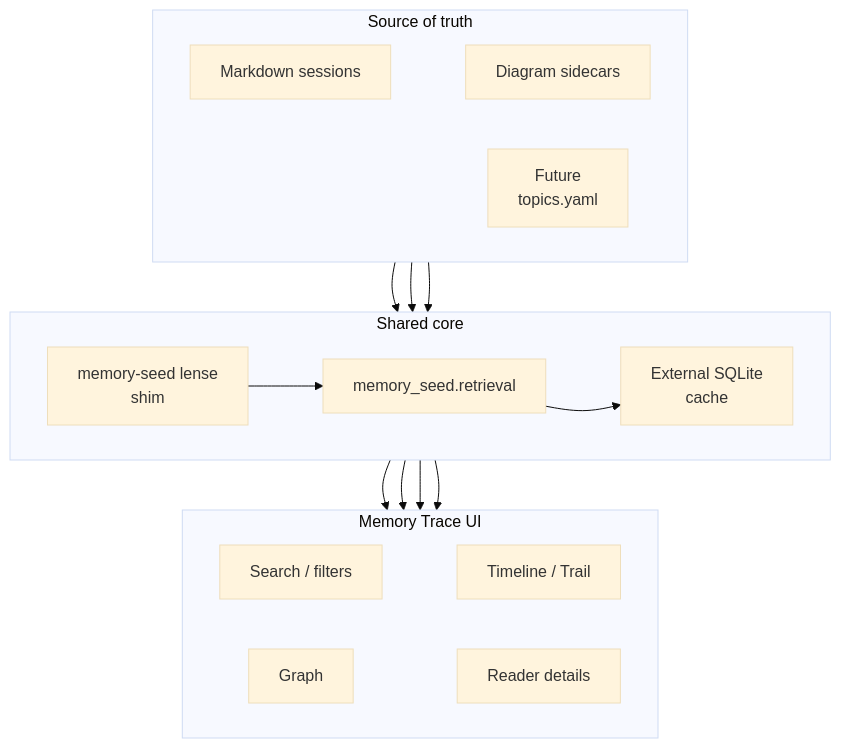
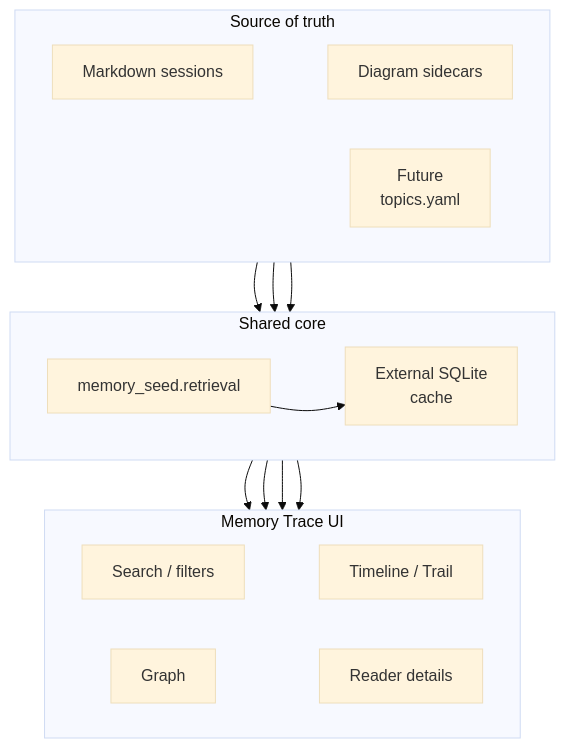
One commit to jnl-tshi/memory-seed changed diagram 16 of 24 in docs/3_Spec/functionality-audit.md. Above: the diagram before and after it, drawn with Mermaid (base theme). The commit also changed other lines of this file and 19 other files, not shown here.

First line of the commit message:
feat!: remove the memory-seed[lense]/lense CLI deprecation shim

````diff
--- a/docs/3_Spec/functionality-audit.md
+++ b/docs/3_Spec/functionality-audit.md
@@ -777,33 +774,31 @@
 ```mermaid
 graph TD
   subgraph SourceTier["Source of truth"]
     direction LR
     MARKDOWN["Markdown sessions"] ~~~ SIDECARS["Diagram sidecars"]
     TOPICS["Future<br>topics.yaml"]
   end
 
   subgraph CoreTier["Shared core"]
     direction LR
     RETRIEVAL["memory_seed.retrieval"] ~~~ CACHE["External SQLite<br>cache"]
-    SHIM["memory-seed lense<br>shim"]
   end
 
   subgraph TraceTier["Memory Trace UI"]
     direction LR
     SEARCH["Search / filters"] ~~~ TIMELINE["Timeline / Trail"]
     GRAPH["Graph"] ~~~ READER["Reader details"]
   end
 
   SourceTier ~~~ CoreTier
   CoreTier ~~~ TraceTier
 
   MARKDOWN --> RETRIEVAL
   SIDECARS --> RETRIEVAL
   TOPICS --> RETRIEVAL
   RETRIEVAL --> CACHE
-  SHIM --> RETRIEVAL
   CACHE --> SEARCH
   CACHE --> TIMELINE
   CACHE --> GRAPH
   CACHE --> READER
 ```
````
